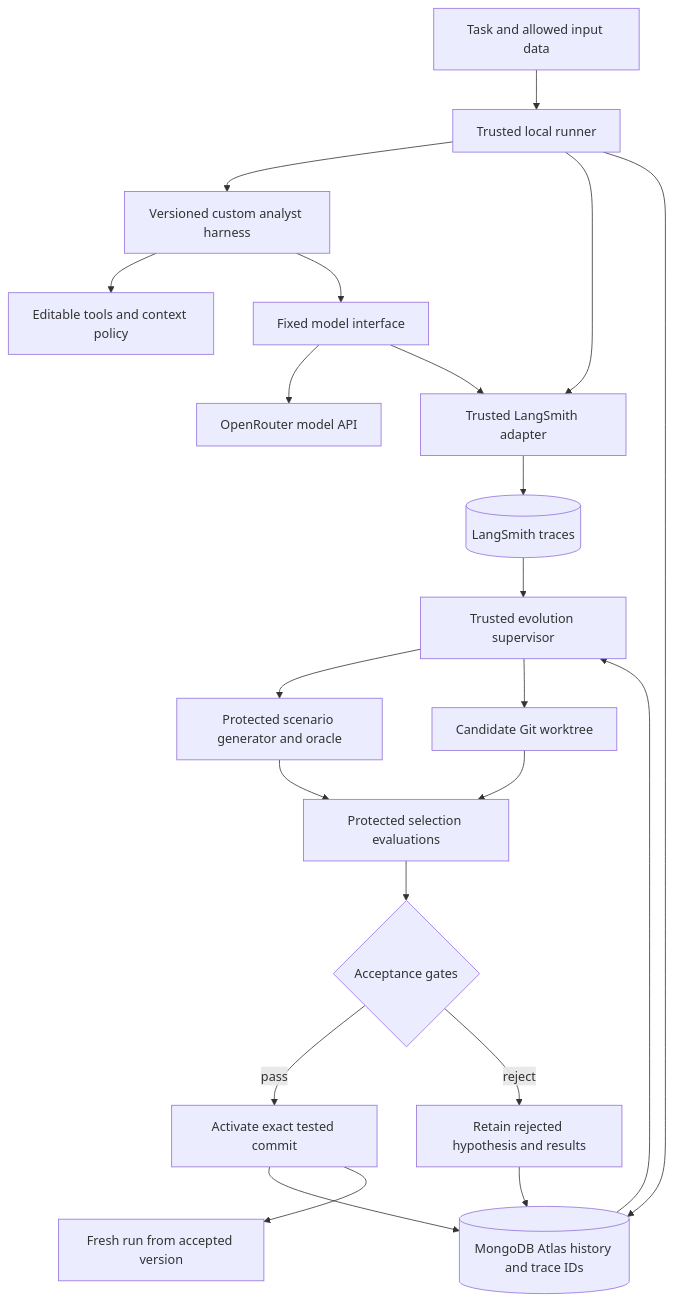
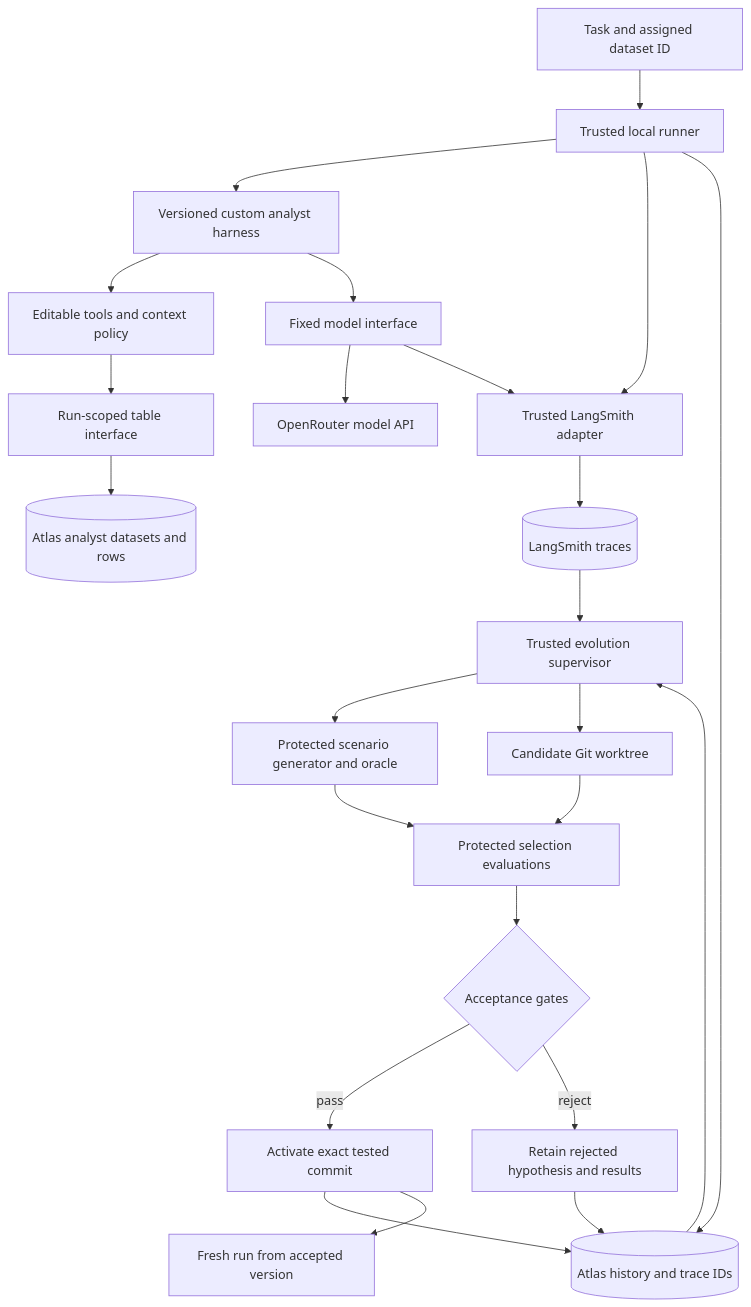
Before and after one commit to DIVYANSHI-PARASHAR/Seal-self-heal-: the first of 2 diagrams in docs/architecture.md, drawn with Mermaid. The commit also changed other lines of this file and 11 other files, not shown here.

Commit message:
update to phases to use atlas for data storage

````diff
--- a/docs/architecture.md
+++ b/docs/architecture.md
@@ -9,24 +9,26 @@
 ```mermaid
 flowchart TD
-    Task[Task and allowed input data] --> Runner[Trusted local runner]
+    Task[Task and assigned dataset ID] --> Runner[Trusted local runner]
     Runner --> Harness[Versioned custom analyst harness]
     Harness --> Tools[Editable tools and context policy]
+    Tools --> TableAccess[Run-scoped table interface]
+    TableAccess --> Tables[(Atlas analyst datasets and rows)]
     Harness --> Client[Fixed model interface]
     Client --> Provider[OpenRouter model API]
     Runner --> Telemetry[Trusted LangSmith adapter]
     Client --> Telemetry
     Telemetry --> LangSmith[(LangSmith traces)]
-    Runner --> Atlas[(MongoDB Atlas history and trace IDs)]
+    Runner --> Atlas[(Atlas history and trace IDs)]
     Atlas --> Supervisor[Trusted evolution supervisor]
     LangSmith --> Supervisor
     Supervisor --> Cases[Protected scenario generator and oracle]
     Supervisor --> Candidate[Candidate Git worktree]
     Candidate --> Evaluation[Protected selection evaluations]
     Cases --> Evaluation
     Evaluation --> Decision{Acceptance gates}
     Decision -->|pass| Active[Activate exact tested commit]
     Decision -->|reject| History[Retain rejected hypothesis and results]
     Active --> Atlas
     History --> Atlas
     Active --> Next[Fresh run from accepted version]
 ```
````
